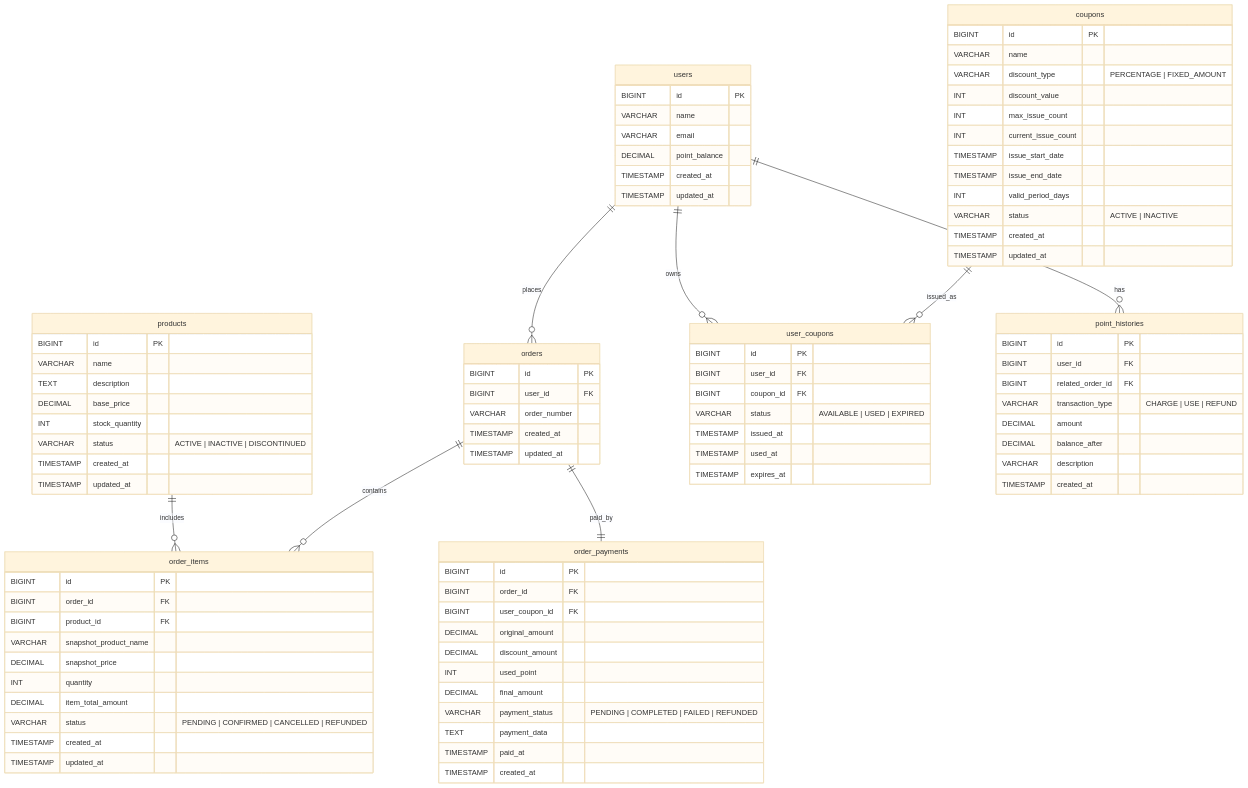
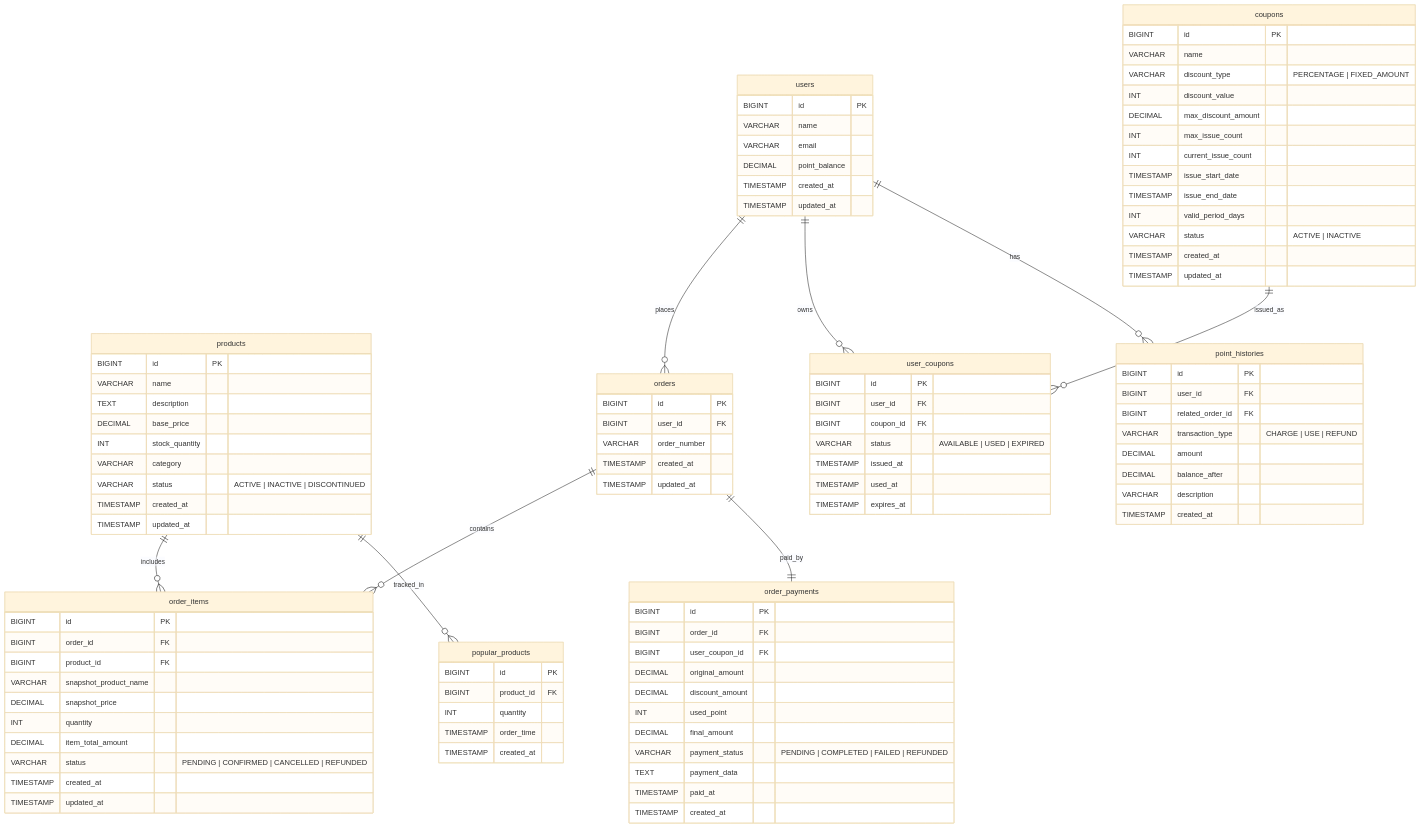
The diagram in docs/02_entity_relationship_diagram.md (HeeMang-Lee/e-commerce-server), drawn with Mermaid (base theme) before and after one commit. The commit also changed other lines of this file, not shown here.

````diff
--- a/docs/02_entity_relationship_diagram.md
+++ b/docs/02_entity_relationship_diagram.md
@@ -19,6 +19,7 @@
         TEXT description
         DECIMAL base_price
         INT stock_quantity
+        VARCHAR category
         VARCHAR status "ACTIVE | INACTIVE | DISCONTINUED"
         TIMESTAMP created_at
         TIMESTAMP updated_at
@@ -64,6 +65,7 @@
         VARCHAR name
         VARCHAR discount_type "PERCENTAGE | FIXED_AMOUNT"
         INT discount_value
+        DECIMAL max_discount_amount
         INT max_issue_count
         INT current_issue_count
         TIMESTAMP issue_start_date
@@ -95,15 +97,24 @@
         TIMESTAMP created_at
     }
 
+    popular_products {
+        BIGINT id PK
+        BIGINT product_id FK
+        INT quantity
+        TIMESTAMP order_time
+        TIMESTAMP created_at
+    }
+
     %% 관계 설정
     users ||--o{ orders : places
     users ||--o{ user_coupons : owns
     users ||--o{ point_histories : has
-    
+
     products ||--o{ order_items : includes
-    
+    products ||--o{ popular_products : tracked_in
+
     orders ||--o{ order_items : contains
     orders ||--|| order_payments : paid_by
-    
+
     coupons ||--o{ user_coupons : issued_as
 ```
````
